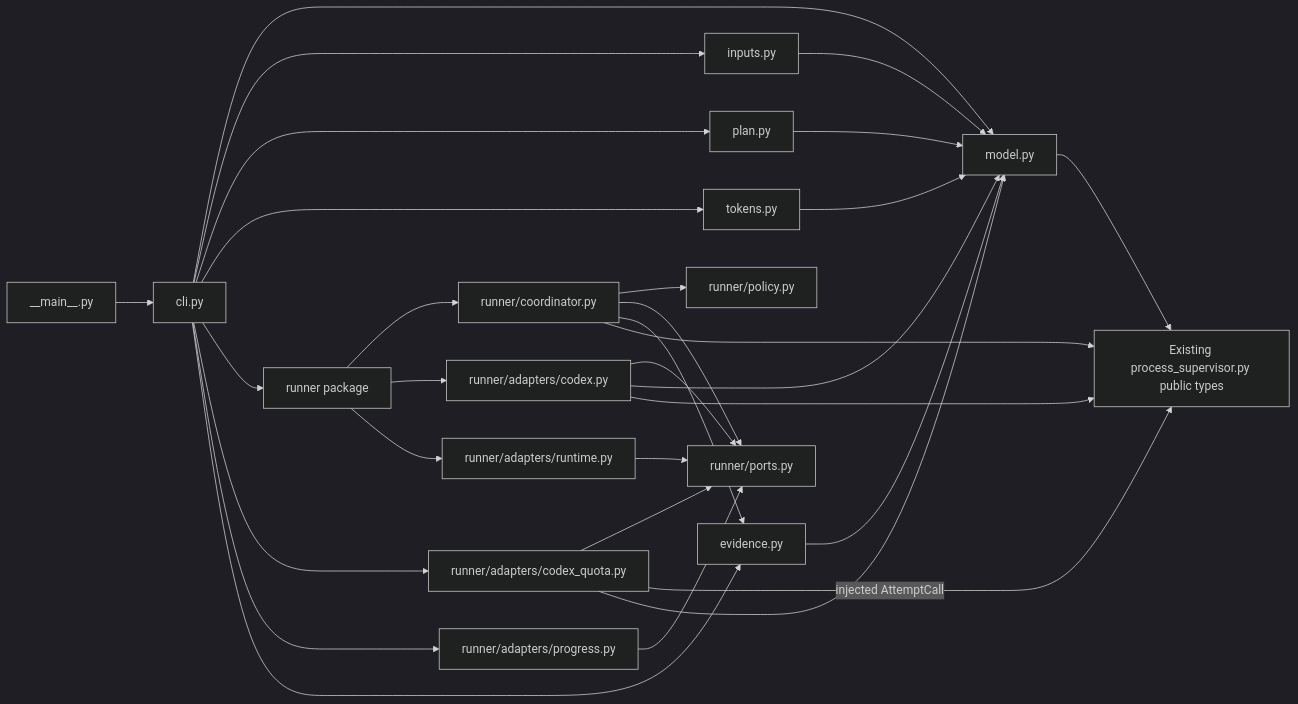
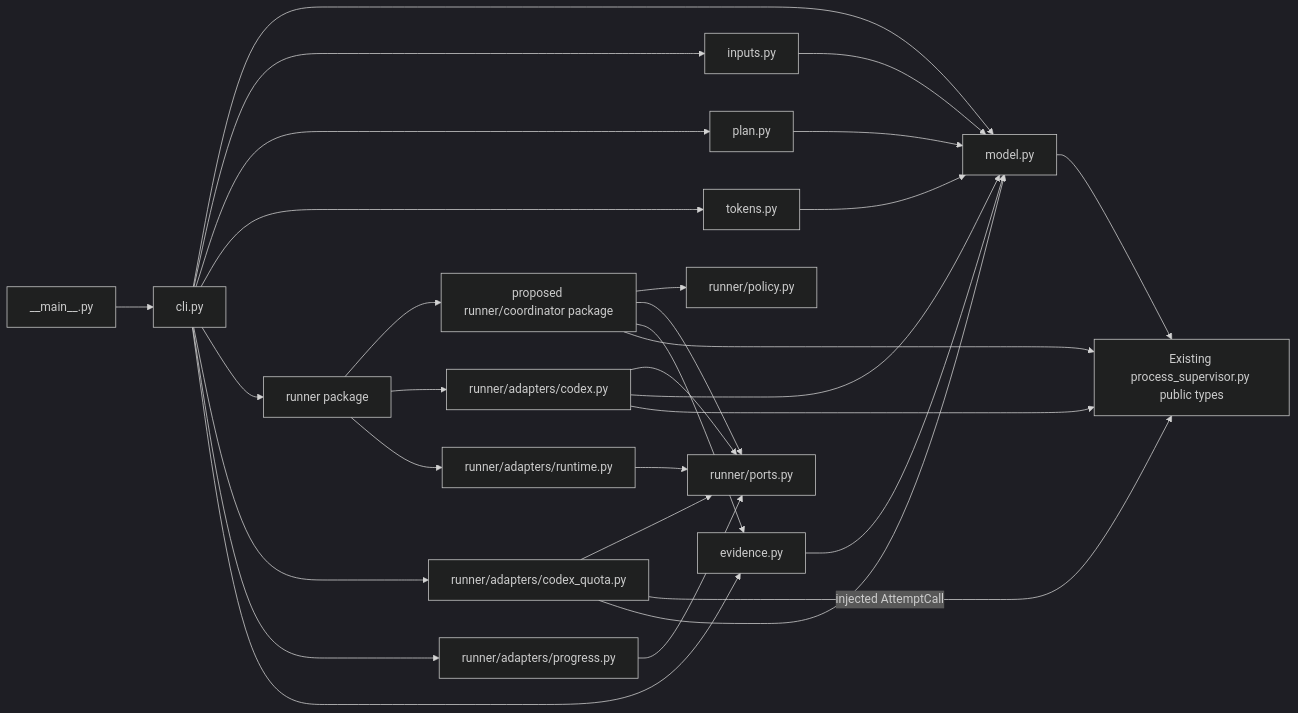
The second of 2 diagrams in doc/feat/reviewer/engineering/evaluation/evaluation-harness/architecture.md (msitarz/ataraxia), drawn with Mermaid (dark theme) before and after one commit. The commit also changed other lines of this file and 10 other files, not shown here.

````diff
--- a/doc/feat/reviewer/engineering/evaluation/evaluation-harness/architecture.md
+++ b/doc/feat/reviewer/engineering/evaluation/evaluation-harness/architecture.md
@@ -868,32 +707,32 @@
 ```mermaid
 flowchart LR
     CLI[cli.py] --> MODEL[model.py]
     CLI --> INPUTS[inputs.py]
     CLI --> PLAN[plan.py]
     CLI --> TOKENS[tokens.py]
     CLI --> RUNNER[runner package]
     CLI --> QUOTA[runner/adapters/codex_quota.py]
     CLI --> PROGRESS_ADAPTER[runner/adapters/progress.py]
     CLI --> EVIDENCE[evidence.py]
-    RUNNER --> COORD[runner/coordinator.py]
+    RUNNER --> COORD[proposed runner/coordinator package]
     RUNNER --> CODEX[runner/adapters/codex.py]
     RUNNER --> RUNTIME[runner/adapters/runtime.py]
     COORD --> POLICY[runner/policy.py]
     COORD --> PORTS[runner/ports.py]
     CODEX --> PORTS
     QUOTA --> PORTS
     RUNTIME --> PORTS
     PROGRESS_ADAPTER --> PORTS
     QUOTA -->|injected AttemptCall| SUP[Existing process supervisor]
     CODEX --> MODEL
     QUOTA --> MODEL
     INPUTS --> MODEL
     PLAN --> MODEL
     TOKENS --> MODEL
     COORD --> EVIDENCE
     EVIDENCE --> MODEL
     MODEL --> SUP[Existing process_supervisor.py public types]
     COORD --> SUP
     CODEX --> SUP
     MAIN[__main__.py] --> CLI
 ```
````
